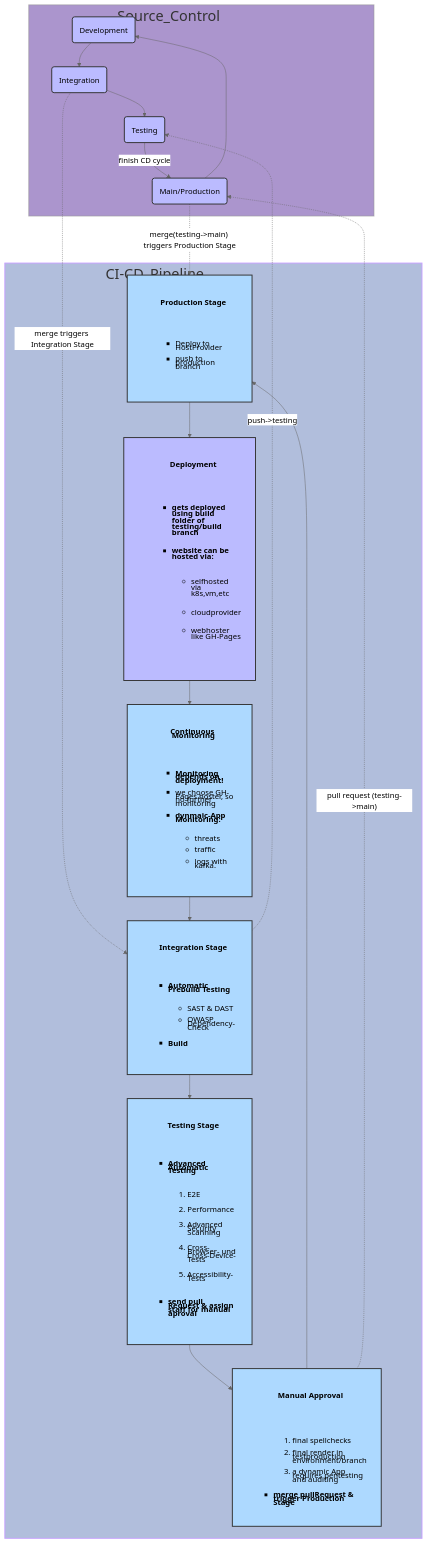
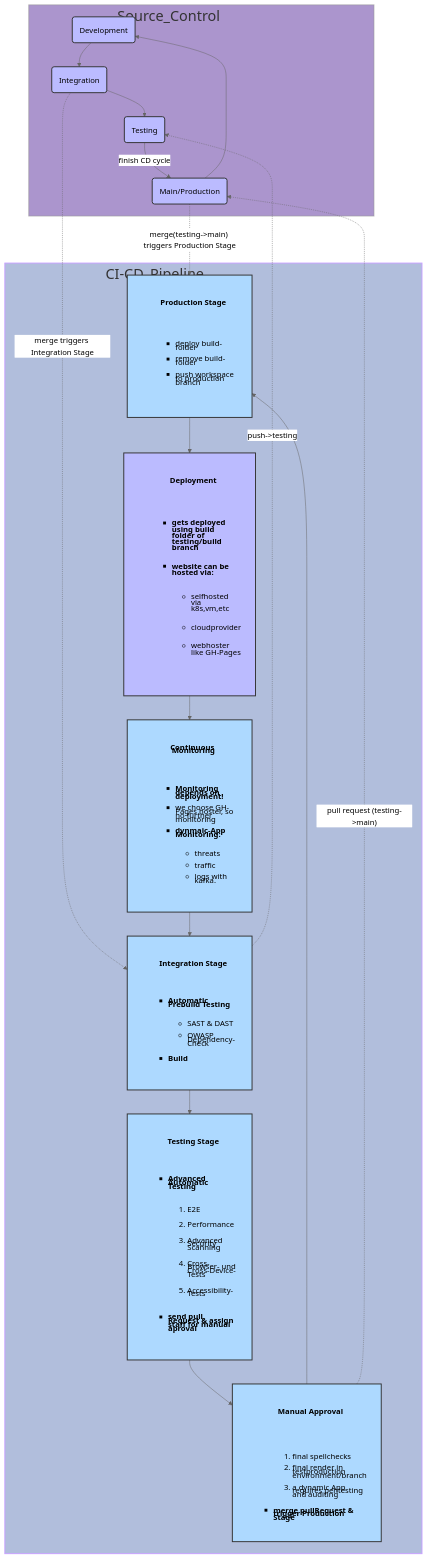
The diagram in README.md (ji-podhead/ji-podhead-blog), drawn with Mermaid (neutral theme) before and after one commit.

```diff
--- a/README.md
+++ b/README.md
@@ -65,8 +65,9 @@
 		<h4>Production Stage</h4>
 		
 		<ul style="text-align: left;list-style: square; margin-left: 15px; line-height: 0.5;">	
-		<li>Deploy to HostProvider</li>
-        	<li>push to production branch</li>
+		<li>deploy build-folder</li>
+		<li>remove build-folder</li>
+		<li>push workspace to production branch</li>
 		</ul>
           
 		</div>
```
